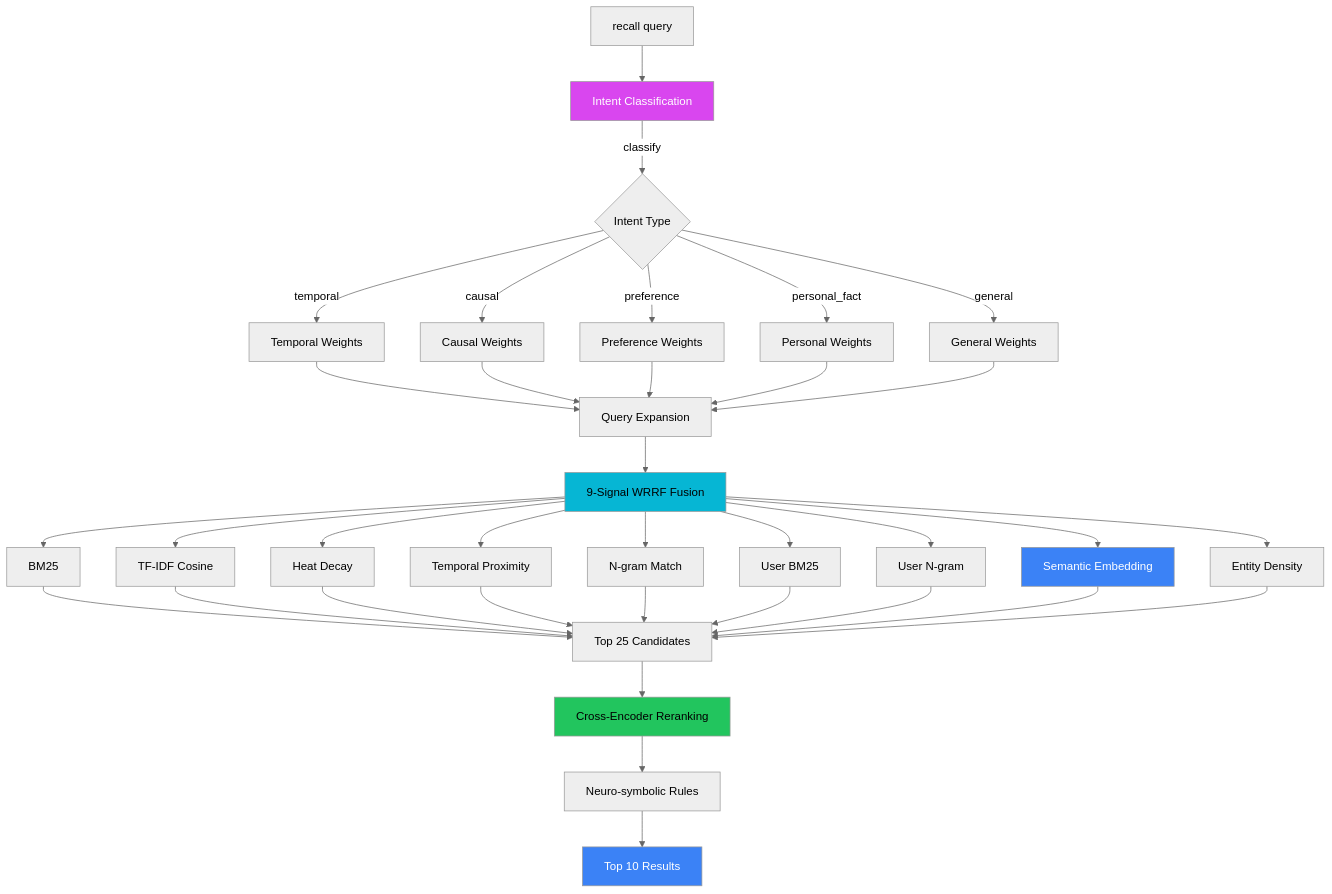
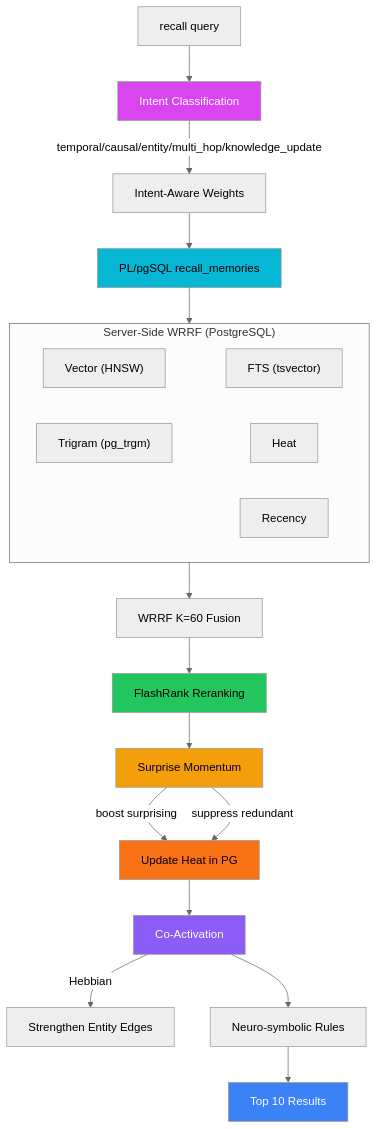
The second of 5 diagrams in README.md (cdeust/Cortex), drawn with Mermaid (neutral theme) before and after one commit. The commit also changed other lines of this file, not shown here.

First line of the commit message:
docs: update README with PostgreSQL backend, test-time learning, new benchmarks

````diff
--- a/README.md
+++ b/README.md
@@ -348,34 +276,32 @@
 ```mermaid
 flowchart TD
     Q[recall query] --> R[Intent Classification]
-    R -->|classify| S{Intent Type}
-    S -->|temporal| W1[Temporal Weights]
-    S -->|causal| W2[Causal Weights]
-    S -->|preference| W3[Preference Weights]
-    S -->|personal_fact| W4[Personal Weights]
-    S -->|general| W5[General Weights]
+    R -->|temporal/causal/entity/multi_hop/knowledge_update| WS[Intent-Aware Weights]
+    WS --> PG[PL/pgSQL recall_memories]
 
-    W1 & W2 & W3 & W4 & W5 --> QE[Query Expansion]
-    QE --> WRRF[9-Signal WRRF Fusion]
+    subgraph PG_SIGNALS["Server-Side WRRF (PostgreSQL)"]
+        direction LR
+        S1["Vector (HNSW)"] ~~~ S2["FTS (tsvector)"]
+        S3["Trigram (pg_trgm)"] ~~~ S4[Heat]
+        S5[Recency]
+    end
 
-    WRRF --> V1[BM25]
-    WRRF --> V2[TF-IDF Cosine]
-    WRRF --> V3[Heat Decay]
-    WRRF --> V4[Temporal Proximity]
-    WRRF --> V5[N-gram Match]
-    WRRF --> V6[User BM25]
-    WRRF --> V7[User N-gram]
-    WRRF --> V8[Semantic Embedding]
-    WRRF --> V9[Entity Density]
-
-    V1 & V2 & V3 & V4 & V5 & V6 & V7 & V8 & V9 --> TOP[Top 25 Candidates]
-    TOP --> CE[Cross-Encoder Reranking]
-    CE --> RULES[Neuro-symbolic Rules]
+    PG --> PG_SIGNALS
+    PG_SIGNALS --> FUSED[WRRF K=60 Fusion]
+    FUSED --> FR[FlashRank Reranking]
+    FR --> SM[Surprise Momentum]
+    SM -->|boost surprising| HU[Update Heat in PG]
+    SM -->|suppress redundant| HU
+    HU --> CA[Co-Activation]
+    CA -->|Hebbian| KG[Strengthen Entity Edges]
+    CA --> RULES[Neuro-symbolic Rules]
     RULES --> RES[Top 10 Results]
 
     style R fill:#d946ef,color:#fff
-    style WRRF fill:#06b6d4,color:#000
-    style CE fill:#22c55e,color:#000
-    style V8 fill:#3b82f6,color:#fff
+    style PG fill:#06b6d4,color:#000
+    style FR fill:#22c55e,color:#000
+    style SM fill:#f59e0b,color:#000
+    style CA fill:#8b5cf6,color:#fff
     style RES fill:#3b82f6,color:#fff
+    style HU fill:#f97316,color:#000
 ```
````
